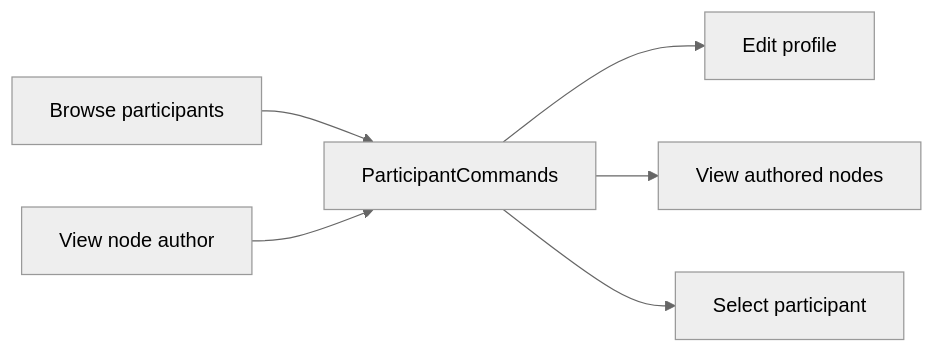
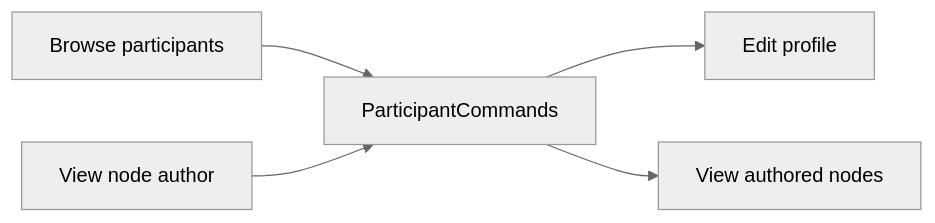
Before and after one commit to williamowen65/atlas-the-public-think-tank: the fifth of 5 diagrams in src/Atlas.Console/README.md, drawn with Mermaid (neutral theme). The commit also changed other lines of this file and 16 other files, not shown here.

````diff
--- a/src/Atlas.Console/README.md
+++ b/src/Atlas.Console/README.md
@@ -160,8 +160,7 @@
 ```mermaid
 flowchart LR
     browser["Browse participants"] --> profile["ParticipantCommands"]
     node["View node author"] --> profile
     profile --> edit["Edit profile"]
     profile --> authored["View authored nodes"]
-    profile --> select["Select participant"]
 ```
````
